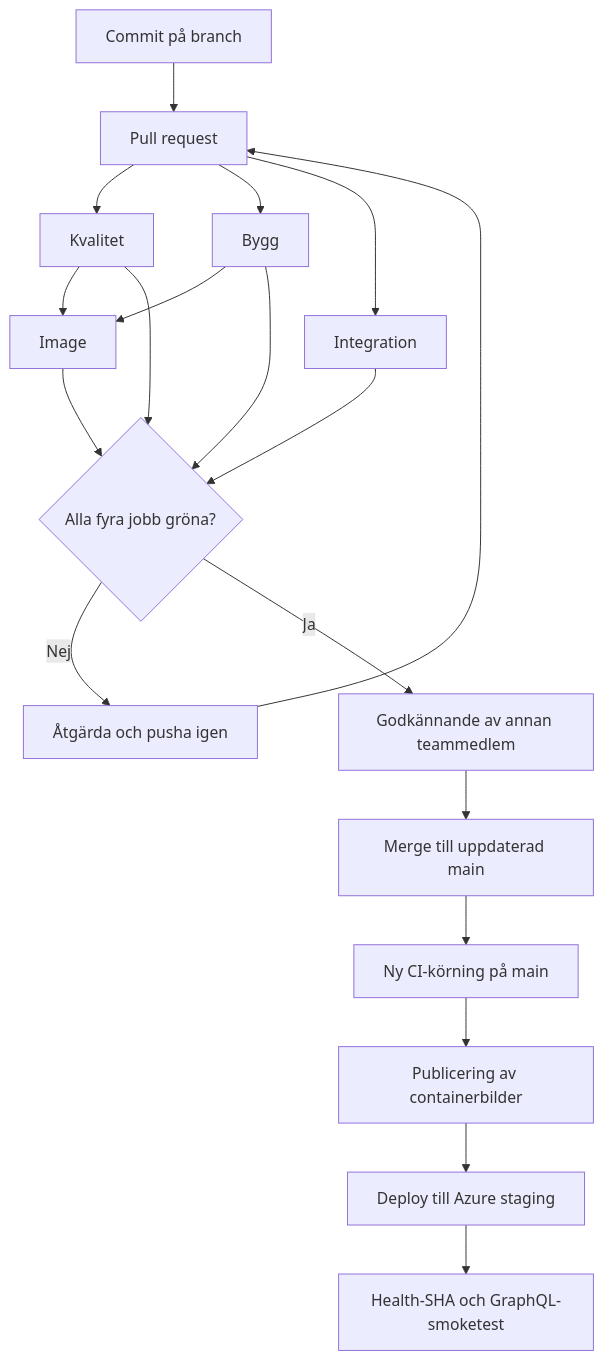
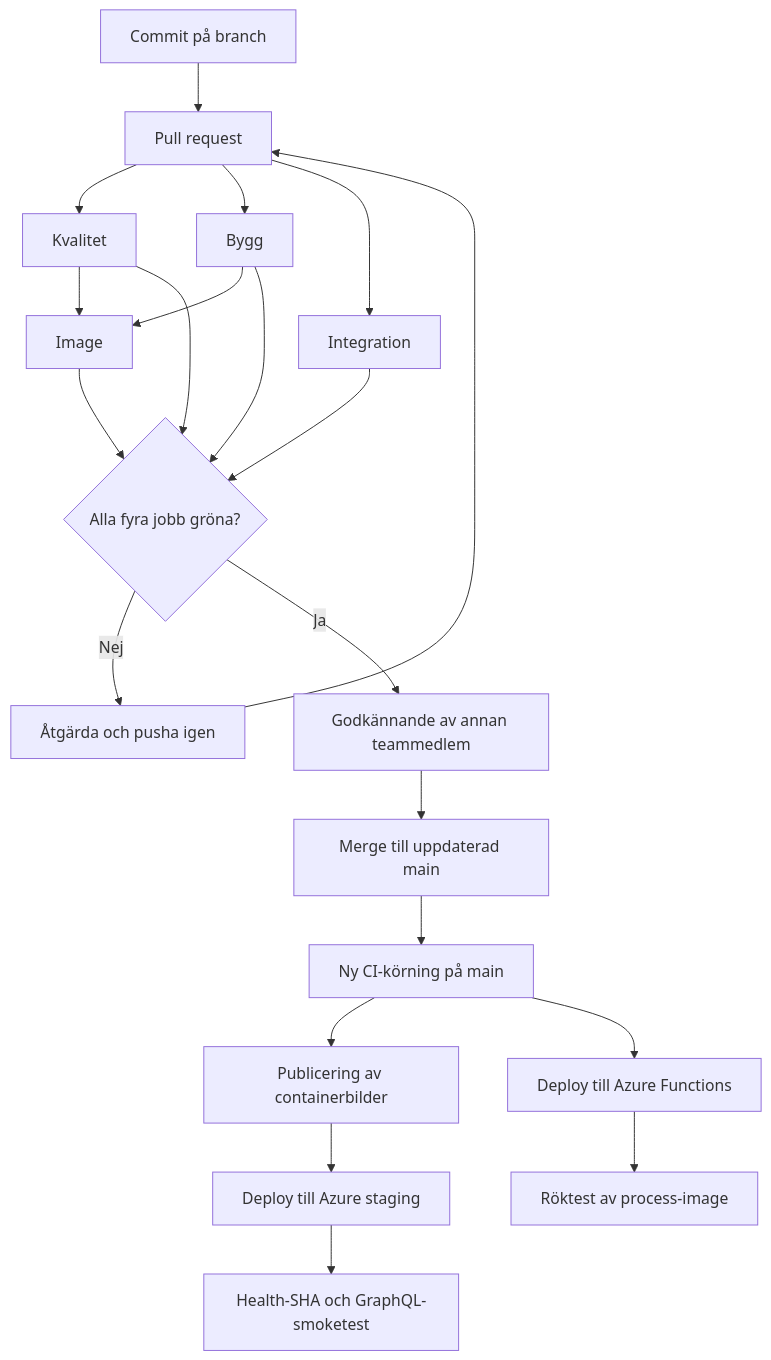
Before and after one commit to Thebeatkicks/DevVuers: the diagram in docs/pipeline.md, drawn with Mermaid. The commit also changed other lines of this file and 2 other files, not shown here.

Commit message:
lade till det som fattades, för deploy och i nfon i pipeline.md

````diff
--- a/docs/pipeline.md
+++ b/docs/pipeline.md
@@ -8,25 +8,27 @@
 ```mermaid
 flowchart TD
   C[Commit på branch] --> PR[Pull request]
   PR --> Q[Kvalitet]
   PR --> B[Bygg]
   PR --> I[Integration]
 
   Q --> IMG[Image]
   B --> IMG
 
   Q --> CHECK{Alla fyra jobb gröna?}
   B --> CHECK
   I --> CHECK
   IMG --> CHECK
 
   CHECK -->|Nej| FIX[Åtgärda och pusha igen]
   FIX --> PR
 
   CHECK -->|Ja| REVIEW[Godkännande av annan teammedlem]
   REVIEW --> MERGE[Merge till uppdaterad main]
   MERGE --> MAIN[Ny CI-körning på main]
   MAIN --> GHCR[Publicering av containerbilder]
   GHCR --> DEPLOY[Deploy till Azure staging]
   DEPLOY --> VERIFY[Health-SHA och GraphQL-smoketest]
+  MAIN --> DEPLOY_FN[Deploy till Azure Functions]
+  DEPLOY_FN --> VERIFY_FN[Röktest av process-image]
 ```
````
